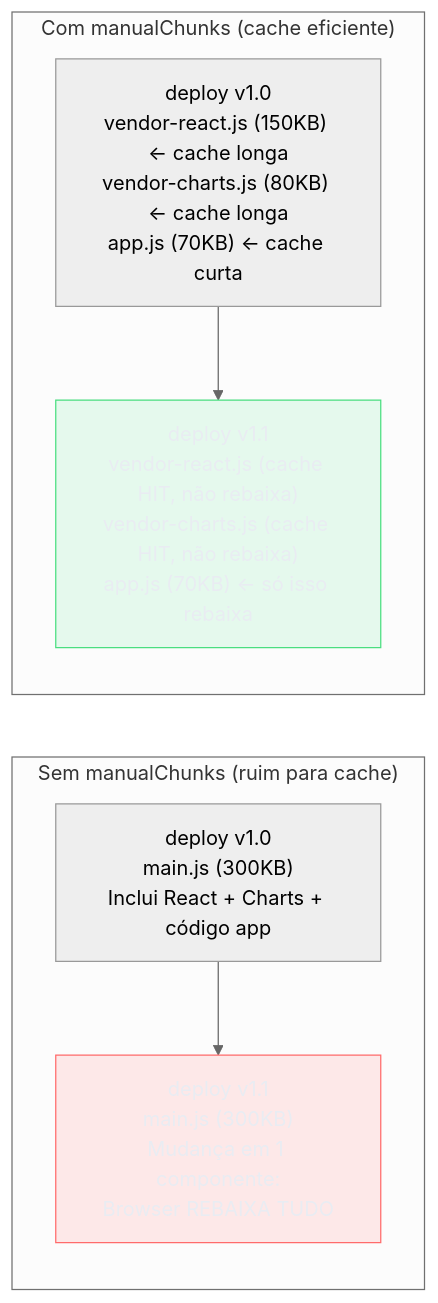
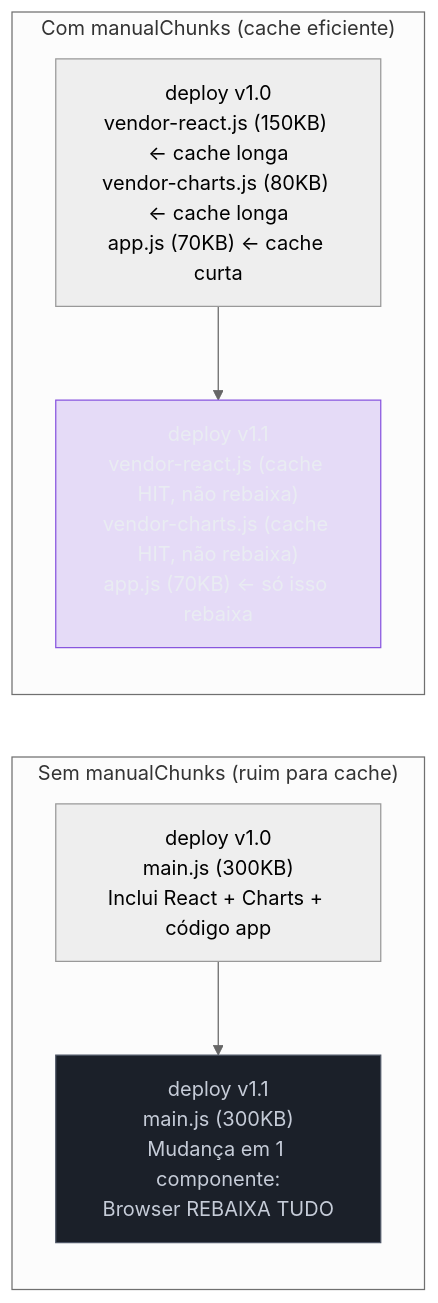
One commit to josenaldo/codex-technomanticus changed the fifth of 8 diagrams in 03-Dominios/Tecnologia/Tooling e Build/17 - Otimização de bundle.md. Above: the diagram before and after it, drawn with Mermaid (neutral theme). The commit also changed other lines of this file and 601 other files, not shown here.

````diff
--- a/03-Dominios/Tecnologia/Tooling e Build/17 - Otimização de bundle.md
+++ b/03-Dominios/Tecnologia/Tooling e Build/17 - Otimização de bundle.md
@@ -512,19 +512,19 @@
 ```mermaid
 graph LR
-    classDef falha fill:#FF6B6B24,stroke:#FF6B6B,color:#E9ECF2
-    classDef ok fill:#4ADE8021,stroke:#4ADE80,color:#E9ECF2
+    classDef marca fill:#8855DF33,stroke:#8855DF,color:#E9ECF2
+    classDef neutro fill:#1B2029,stroke:#4E5666,color:#C6CCD8
     subgraph "Sem manualChunks (ruim para cache)"
         B1["deploy v1.0\nmain.js (300KB)\nInclui React + Charts + código app"]
         B2["deploy v1.1\nmain.js (300KB)\nMudança em 1 componente:\nBrowser REBAIXA TUDO"]
         B1 --> B2
     end
 
     subgraph "Com manualChunks (cache eficiente)"
         C1["deploy v1.0\nvendor-react.js (150KB) ← cache longa\nvendor-charts.js (80KB) ← cache longa\napp.js (70KB) ← cache curta"]
         C2["deploy v1.1\nvendor-react.js (cache HIT, não rebaixa)\nvendor-charts.js (cache HIT, não rebaixa)\napp.js (70KB) ← só isso rebaixa"]
         C1 --> C2
     end
 
-    class B2 falha
-    class C2 ok
+    class B2 neutro
+    class C2 marca
 ```
````
